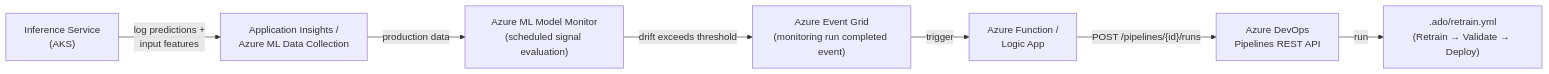
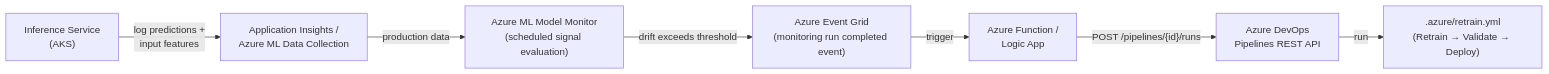
The third of 5 diagrams in docs/future-enhancements.md (Annemarie-Bester/marketing-model-mlops-azure), drawn with Mermaid before and after one commit. The commit also changed other lines of this file and 17 other files, not shown here.

````diff
--- a/docs/future-enhancements.md
+++ b/docs/future-enhancements.md
@@ -189,9 +189,9 @@
 ```mermaid
 flowchart LR
     INFER["Inference Service<br/>(AKS)"] -->|"log predictions +<br/>input features"| AI["Application Insights /<br/>Azure ML Data Collection"]
     AI -->|"production data"| MONITOR["Azure ML Model Monitor<br/>(scheduled signal evaluation)"]
     MONITOR -->|"drift exceeds threshold"| EG["Azure Event Grid<br/>(monitoring run completed event)"]
     EG -->|"trigger"| FUNC["Azure Function /<br/>Logic App"]
     FUNC -->|"POST /pipelines/{id}/runs"| ADO["Azure DevOps<br/>Pipelines REST API"]
-    ADO -->|"run"| RETRAIN[".ado/retrain.yml<br/>(Retrain → Validate → Deploy)"]
+    ADO -->|"run"| RETRAIN[".azure/retrain.yml<br/>(Retrain → Validate → Deploy)"]
 ```
````
